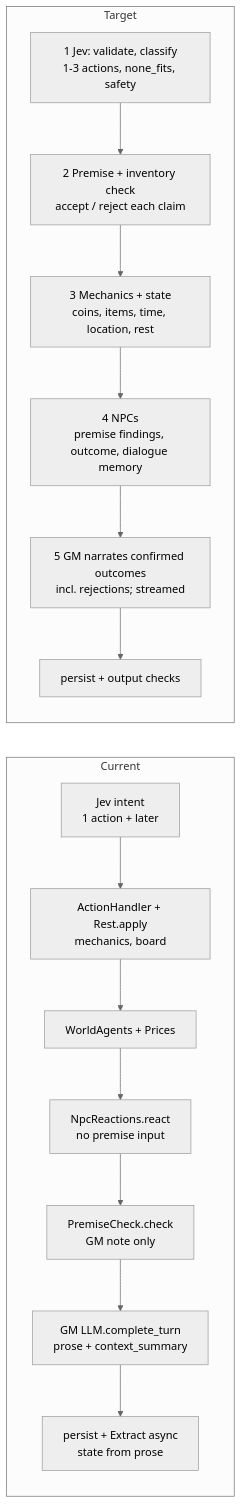
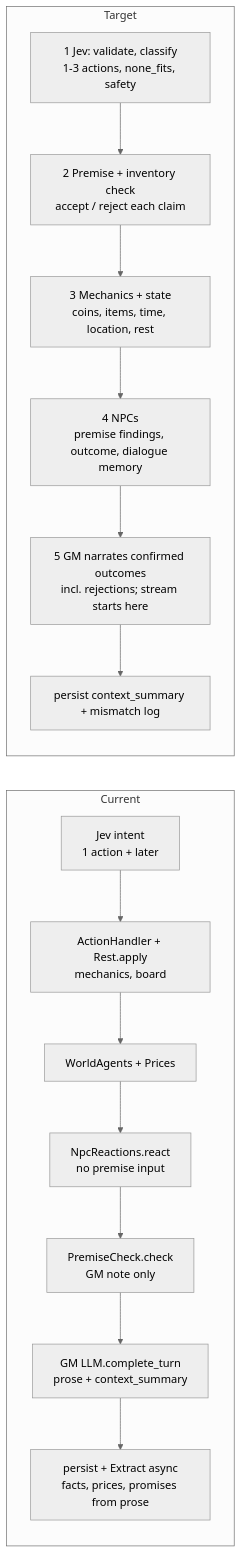
The diagram in docs/design-turn-pipeline.md (fpahlen/ex-tales-forge), drawn with Mermaid (neutral theme) before and after one commit. The commit also changed other lines of this file and 1 other file, not shown here.

Commit message:
Turn pipeline design: Case review fixes and Fredrik's decisions; decision log entry

````diff
--- a/docs/design-turn-pipeline.md
+++ b/docs/design-turn-pipeline.md
@@ -37,18 +38,18 @@
 ```mermaid
 flowchart LR
   subgraph Current
     A1[Jev intent<br/>1 action + later] --> A2[ActionHandler + Rest.apply<br/>mechanics, board]
     A2 --> A3[WorldAgents + Prices]
     A3 --> A4[NpcReactions.react<br/>no premise input]
     A4 --> A5[PremiseCheck.check<br/>GM note only]
     A5 --> A6[GM LLM.complete_turn<br/>prose + context_summary]
-    A6 --> A7[persist + Extract async<br/>state from prose]
+    A6 --> A7[persist + Extract async<br/>facts, prices, promises from prose]
   end
   subgraph Target
     B1[1 Jev: validate, classify<br/>1-3 actions, none_fits, safety] --> B2[2 Premise + inventory check<br/>accept / reject each claim]
     B2 --> B3[3 Mechanics + state<br/>coins, items, time, location, rest]
     B3 --> B4[4 NPCs<br/>premise findings, outcome, dialogue memory]
-    B4 --> B5[5 GM narrates confirmed outcomes<br/>incl. rejections; streamed]
-    B5 --> B6[persist + output checks]
+    B4 --> B5[5 GM narrates confirmed outcomes<br/>incl. rejections; stream starts here]
+    B5 --> B6[persist context_summary + mismatch log]
   end
 ```
````
